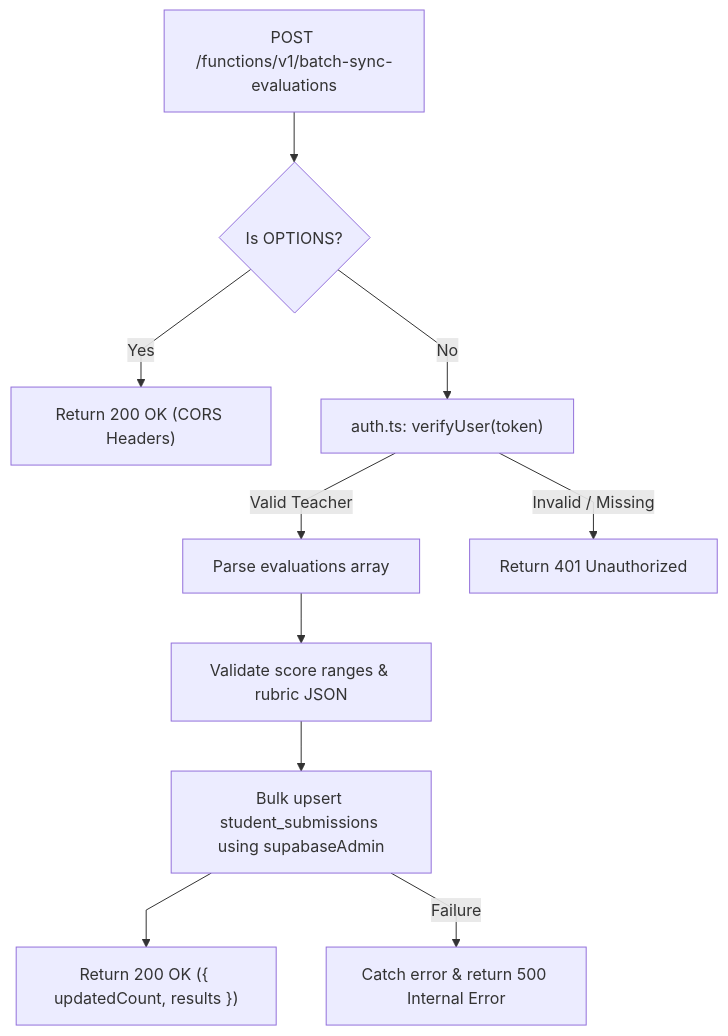
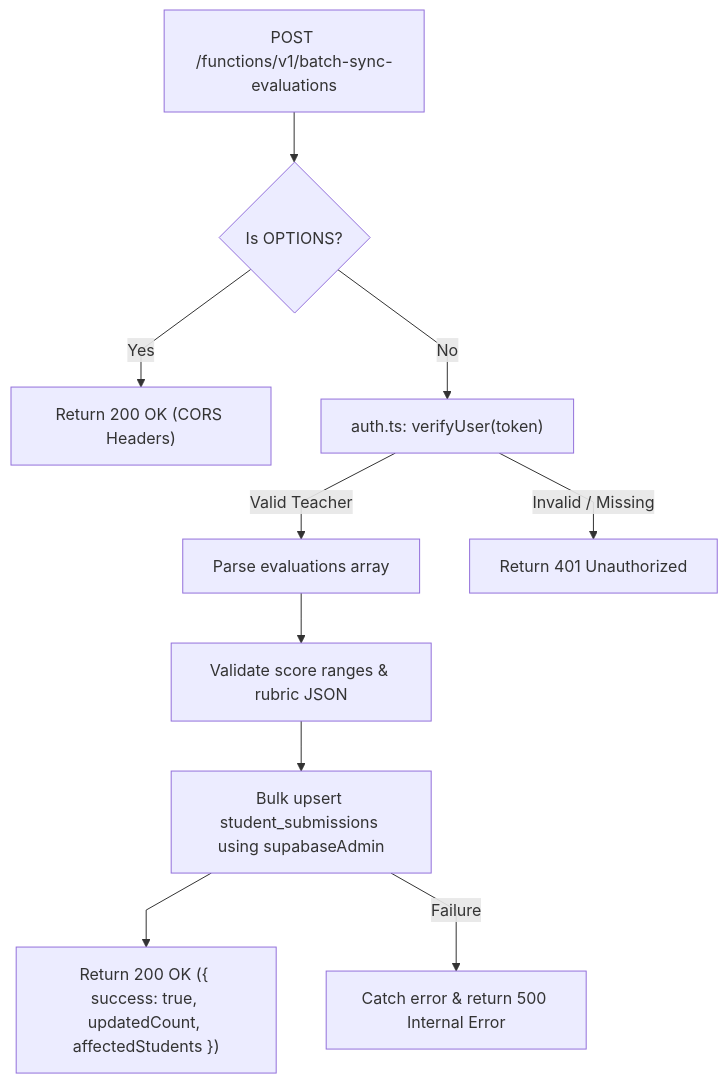
One commit to VictorBravo9er/Teacher-Assistant-Workspace changed the diagram in supabase/functions/batch-sync-evaluations/code.ARCH.md. Above: the diagram before and after it, drawn with Mermaid. The commit also changed other lines of this file and 21 other files, not shown here.

````diff
--- a/supabase/functions/batch-sync-evaluations/code.ARCH.md
+++ b/supabase/functions/batch-sync-evaluations/code.ARCH.md
@@ -9,15 +9,15 @@
 ```mermaid
 %%{init: {'flowchart': {'curve': 'linear'}}}%%
 flowchart TD
     Req["POST /functions/v1/batch-sync-evaluations"] --> CORS{"Is OPTIONS?"}
     CORS -- Yes --> Return200["Return 200 OK (CORS Headers)"]
     CORS -- No --> Auth["auth.ts: verifyUser(token)"]
     
     Auth -- "Valid Teacher" --> Parse["Parse evaluations array"]
     Auth -- "Invalid / Missing" --> Err401["Return 401 Unauthorized"]
     
     Parse --> Validate["Validate score ranges & rubric JSON"]
     Validate --> Upsert["Bulk upsert student_submissions using supabaseAdmin"]
-    Upsert --> ReturnSuccess["Return 200 OK ({ updatedCount, results })"]
+    Upsert --> ReturnSuccess["Return 200 OK ({ success: true, updatedCount, affectedStudents })"]
     Upsert -- Failure --> ReturnErr["Catch error & return 500 Internal Error"]
 ```
````
